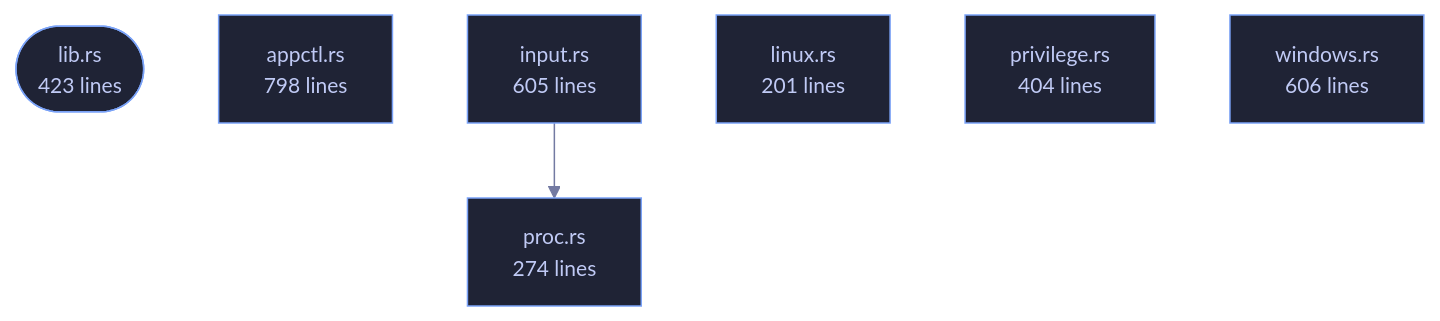
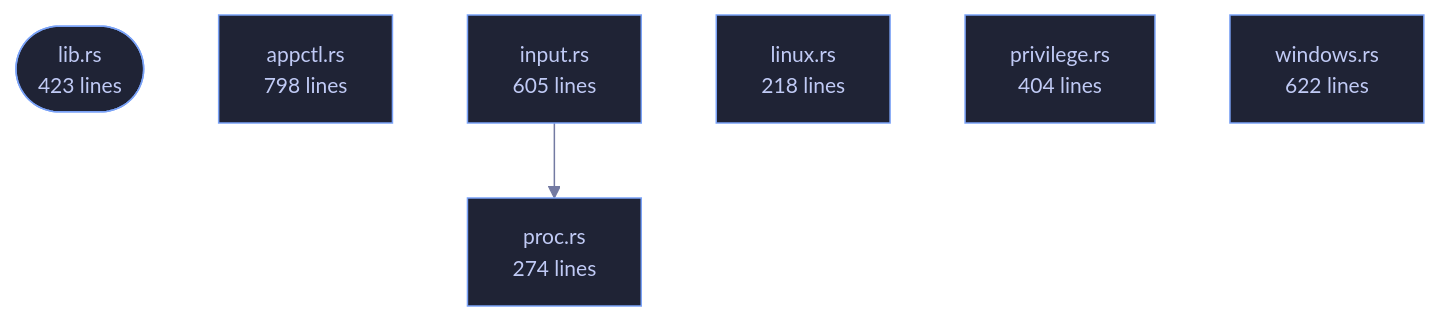
One commit to tilas01/veilvoice changed the diagram in crates/veilvoice-watch/README.md. Above: the diagram before and after it, drawn with Mermaid. The commit also changed other lines of this file and 130 other files, not shown here.

````diff
--- a/crates/veilvoice-watch/README.md
+++ b/crates/veilvoice-watch/README.md
@@ -81,19 +81,19 @@
 ```mermaid
 %%{init: {"theme":"base","themeVariables":{"background":"#1a1b26","primaryColor":"#1f2335","primaryTextColor":"#c0caf5","primaryBorderColor":"#7aa2f7","secondaryColor":"#16161e","tertiaryColor":"#16161e","lineColor":"#737aa2","textColor":"#c0caf5","mainBkg":"#1f2335","nodeBorder":"#7aa2f7","clusterBkg":"#16161e","clusterBorder":"#2f3549","fontFamily":"ui-monospace, SFMono-Regular, Consolas, monospace","fontSize":"14px"}}}%%
 flowchart TD
     n_lib(["lib.rs<br/>423 lines"])
     n_appctl["appctl.rs<br/>798 lines"]
     n_input["input.rs<br/>605 lines"]
-    n_linux["linux.rs<br/>201 lines"]
+    n_linux["linux.rs<br/>218 lines"]
     n_privilege["privilege.rs<br/>404 lines"]
     n_proc["proc.rs<br/>274 lines"]
-    n_windows["windows.rs<br/>606 lines"]
+    n_windows["windows.rs<br/>622 lines"]
     n_input --> n_proc
     click n_lib href "https://github.com/tilas01/veilvoice/blob/main/crates/veilvoice-watch/src/lib.rs" "open the source"
     click n_appctl href "https://github.com/tilas01/veilvoice/blob/main/crates/veilvoice-watch/src/appctl.rs" "open the source"
     click n_input href "https://github.com/tilas01/veilvoice/blob/main/crates/veilvoice-watch/src/input.rs" "open the source"
     click n_linux href "https://github.com/tilas01/veilvoice/blob/main/crates/veilvoice-watch/src/linux.rs" "open the source"
     click n_privilege href "https://github.com/tilas01/veilvoice/blob/main/crates/veilvoice-watch/src/privilege.rs" "open the source"
     click n_proc href "https://github.com/tilas01/veilvoice/blob/main/crates/veilvoice-watch/src/proc.rs" "open the source"
     click n_windows href "https://github.com/tilas01/veilvoice/blob/main/crates/veilvoice-watch/src/windows.rs" "open the source"
 ```
````
